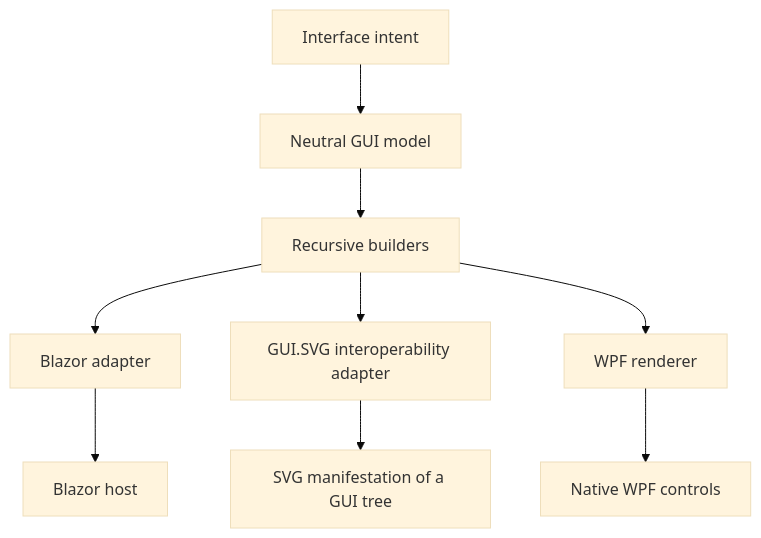
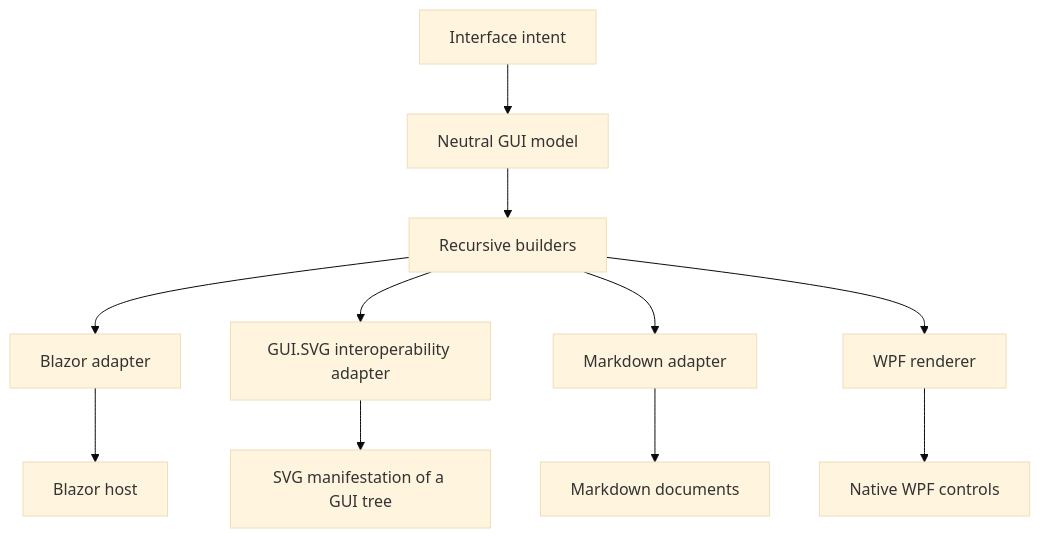
One commit to TrentBest/TheSingularityWorkshop.GUI changed the diagram in README.md. Above: the diagram before and after it, drawn with Mermaid (base theme). The commit also changed other lines of this file, not shown here.

Commit message:
docs(gui): register Markdown adapter in repository overview

````diff
--- a/README.md
+++ b/README.md
@@ -16,11 +16,13 @@
 ```mermaid
 flowchart TD
   I[Interface intent] --> M[Neutral GUI model]
   M --> B[Recursive builders]
   B --> BL[Blazor adapter]
   B --> SVG[GUI.SVG interoperability adapter]
+  B --> MD[Markdown adapter]
   B --> WPF[WPF renderer]
   BL --> WEB[Blazor host]
+  MD --> DOC[Markdown documents]
   SVG --> ART[SVG manifestation of a GUI tree]
   WPF --> NATIVE[Native WPF controls]
 ```
````
